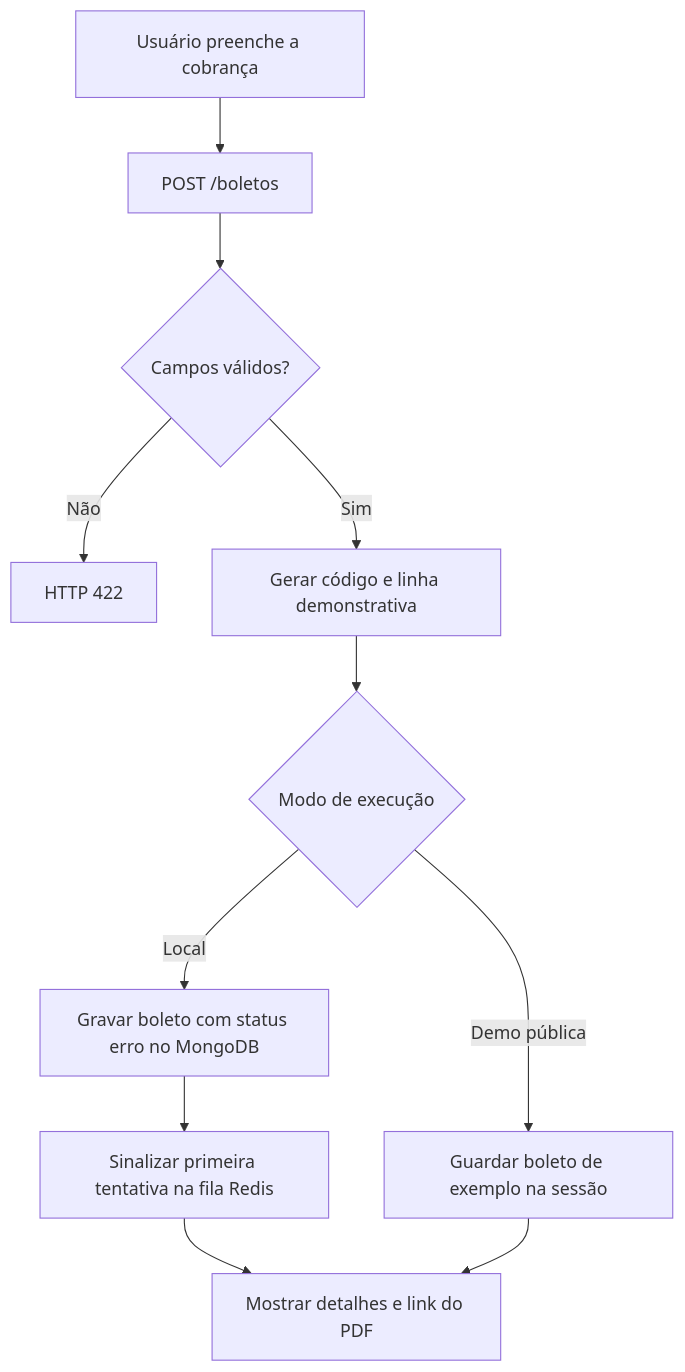
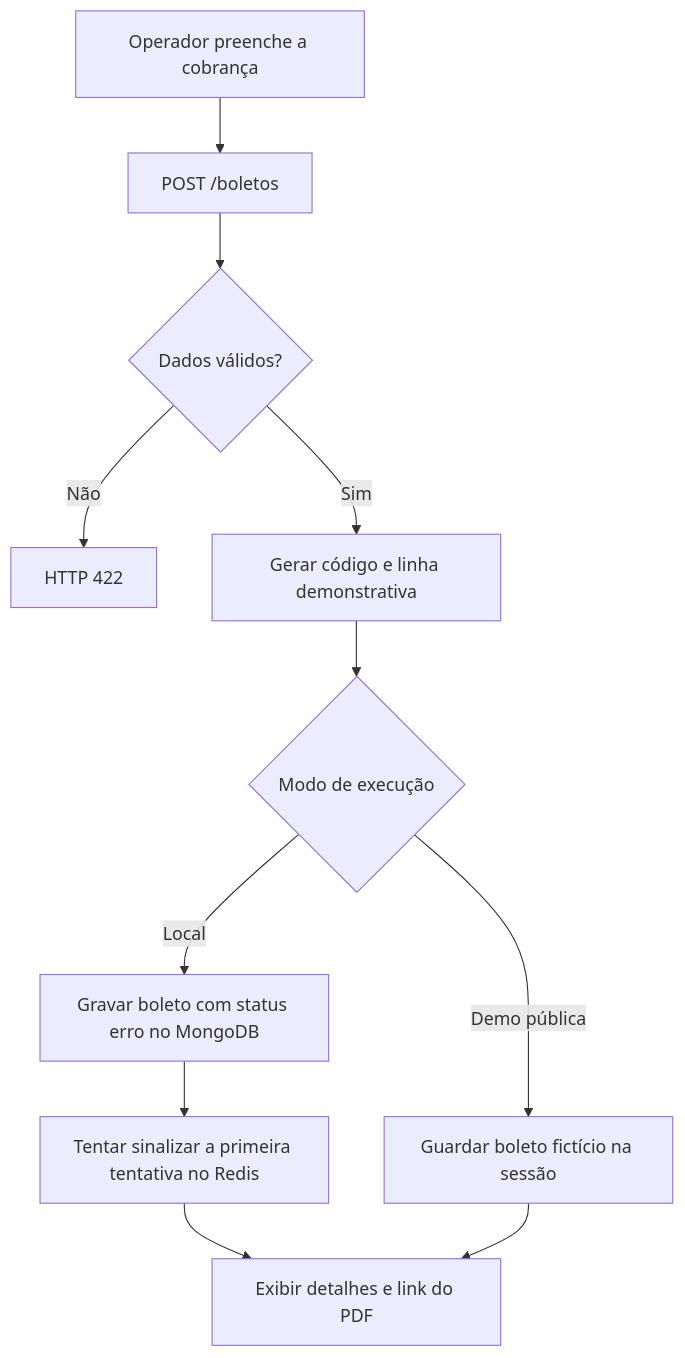
One commit to DandaraEmiliano/boleto-service changed the first of 2 diagrams in README.md. Above: the diagram before and after it, drawn with Mermaid. The commit also changed other lines of this file and 2 other files, not shown here.

Commit message:
Document hosted boleto workflows with screenshots and diagrams

````diff
--- a/README.md
+++ b/README.md
@@ -21,13 +36,13 @@
 ```mermaid
 flowchart TD
-    A[Usuário preenche a cobrança] --> B[POST /boletos]
-    B --> C{Campos válidos?}
+    A[Operador preenche a cobrança] --> B[POST /boletos]
+    B --> C{Dados válidos?}
     C -->|Não| D[HTTP 422]
     C -->|Sim| E[Gerar código e linha demonstrativa]
     E --> F{Modo de execução}
     F -->|Local| G[Gravar boleto com status erro no MongoDB]
-    G --> H[Sinalizar primeira tentativa na fila Redis]
-    H --> I[Mostrar detalhes e link do PDF]
-    F -->|Demo pública| J[Guardar boleto de exemplo na sessão]
+    G --> H[Tentar sinalizar a primeira tentativa no Redis]
+    F -->|Demo pública| J[Guardar boleto fictício na sessão]
+    H --> I[Exibir detalhes e link do PDF]
     J --> I
 ```
````
